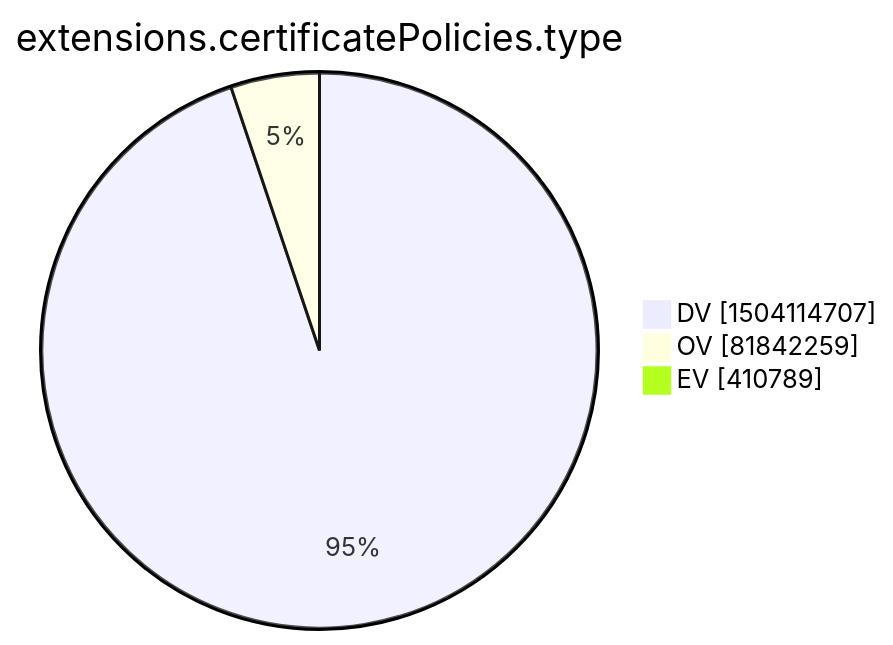
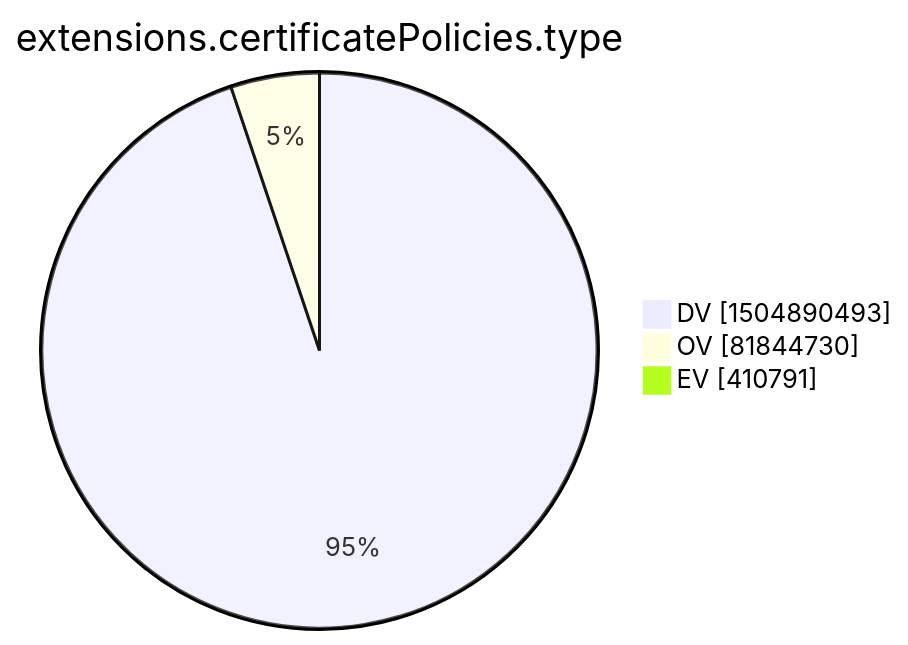
One commit to christiankrug/ctmonitor_visualization changed the tenth of 15 diagrams in xenon2022/README.md. Above: the diagram before and after it, drawn with Mermaid. The commit also changed other lines of this file, not shown here.

````diff
--- a/xenon2022/README.md
+++ b/xenon2022/README.md
@@ -2874,7 +2874,7 @@
 ```mermaid
 pie showData
 title extensions.certificatePolicies.type
-"DV" :1504114707
-"OV" :81842259
-"EV" :410789
+"DV" :1504890493
+"OV" :81844730
+"EV" :410791
 ```
````
